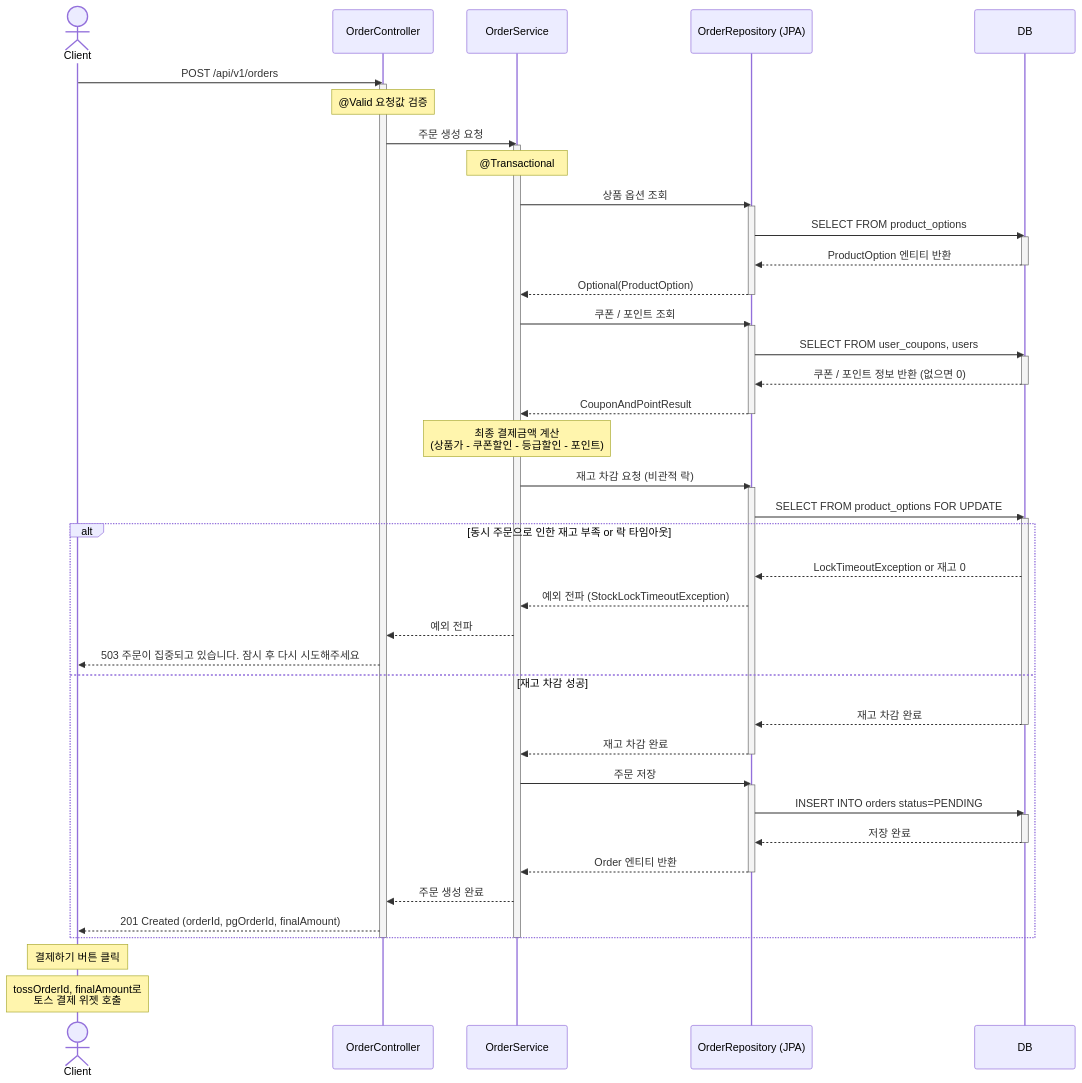
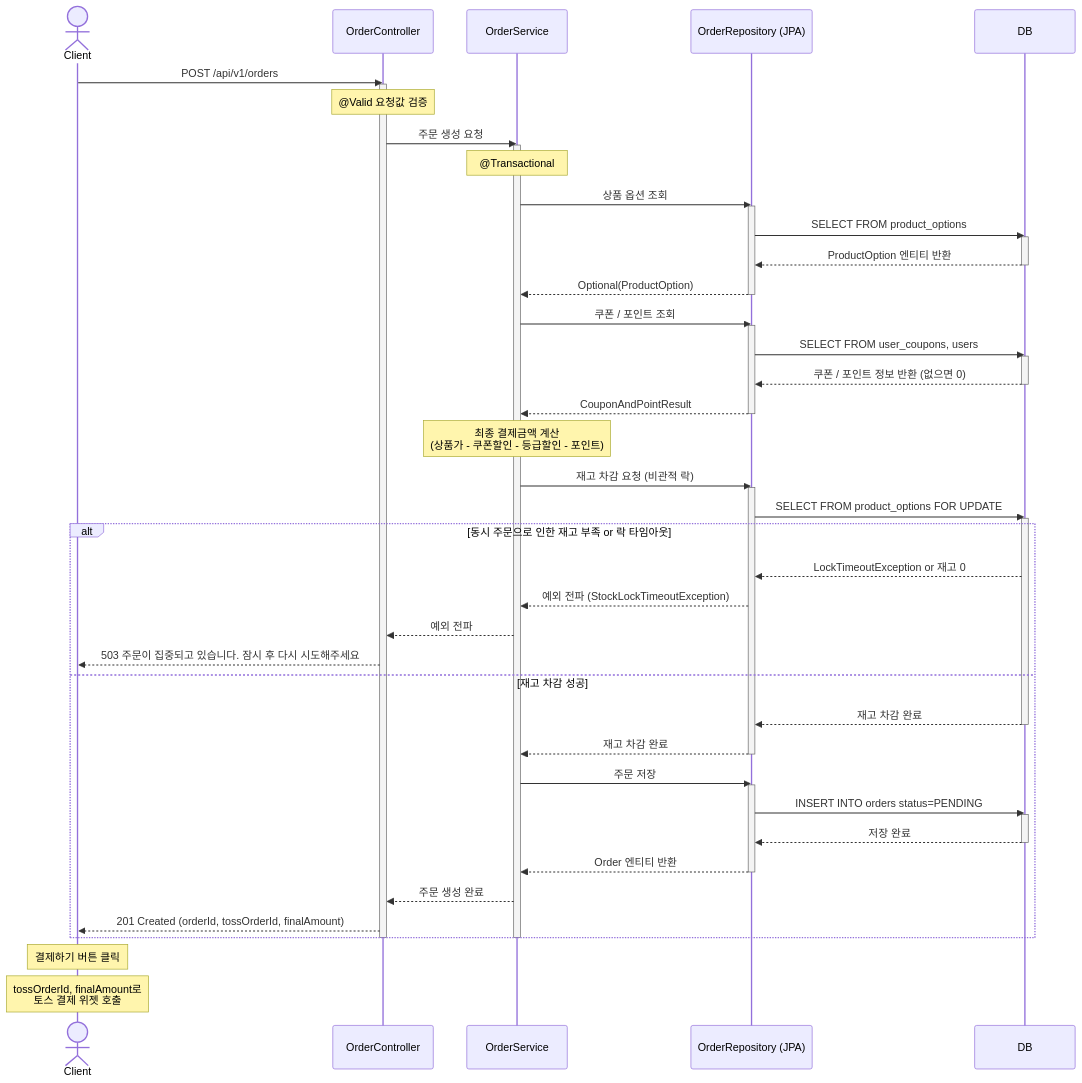
Before and after one commit to ccommit/stylehub: the first of 3 diagrams in README.md, drawn with Mermaid.

````diff
--- a/README.md
+++ b/README.md
@@ -271,73 +271,73 @@
  ``` mermaid
 
 sequenceDiagram
     actor Client as Client
     participant Controller as OrderController
     participant Service as OrderService
     participant Repository as OrderRepository (JPA)
     participant DB as DB
 
     Client->>Controller: POST /api/v1/orders
     activate Controller
     Note over Controller: @Valid 요청값 검증
     Controller->>Service: 주문 생성 요청
     activate Service
     Note over Service: @Transactional
 
     Service->>Repository: 상품 옵션 조회
     activate Repository
     Repository->>DB: SELECT FROM product_options
     activate DB
     DB-->>Repository: ProductOption 엔티티 반환
     deactivate DB
     Repository-->>Service: Optional(ProductOption)
     deactivate Repository
 
     Service->>Repository: 쿠폰 / 포인트 조회
     activate Repository
     Repository->>DB: SELECT FROM user_coupons, users
     activate DB
     DB-->>Repository: 쿠폰 / 포인트 정보 반환 (없으면 0)
     deactivate DB
     Repository-->>Service: CouponAndPointResult
     deactivate Repository
 
     Note over Service: 최종 결제금액 계산<br/>(상품가 - 쿠폰할인 - 등급할인 - 포인트)
 
     Service->>Repository: 재고 차감 요청 (비관적 락)
     activate Repository
     Repository->>DB: SELECT FROM product_options FOR UPDATE
     activate DB
 
     alt 동시 주문으로 인한 재고 부족 or 락 타임아웃
         DB-->>Repository: LockTimeoutException or 재고 0
         Repository-->>Service: 예외 전파 (StockLockTimeoutException)
         Service-->>Controller: 예외 전파
         Controller-->>Client: 503 주문이 집중되고 있습니다. 잠시 후 다시 시도해주세요
     else 재고 차감 성공
         DB-->>Repository: 재고 차감 완료
         deactivate DB
         Repository-->>Service: 재고 차감 완료
         deactivate Repository
 
         Service->>Repository: 주문 저장
         activate Repository
         Repository->>DB: INSERT INTO orders status=PENDING
         activate DB
         DB-->>Repository: 저장 완료
         deactivate DB
         Repository-->>Service: Order 엔티티 반환
         deactivate Repository
 
         Service-->>Controller: 주문 생성 완료
-        Controller-->>Client: 201 Created (orderId, pgOrderId, finalAmount)
+        Controller-->>Client: 201 Created (orderId, tossOrderId, finalAmount)
     end
 
     deactivate Service
     deactivate Controller
 
     Note over Client: 결제하기 버튼 클릭
     Note over Client: tossOrderId, finalAmount로<br/>토스 결제 위젯 호출
 
 
  ```
````
